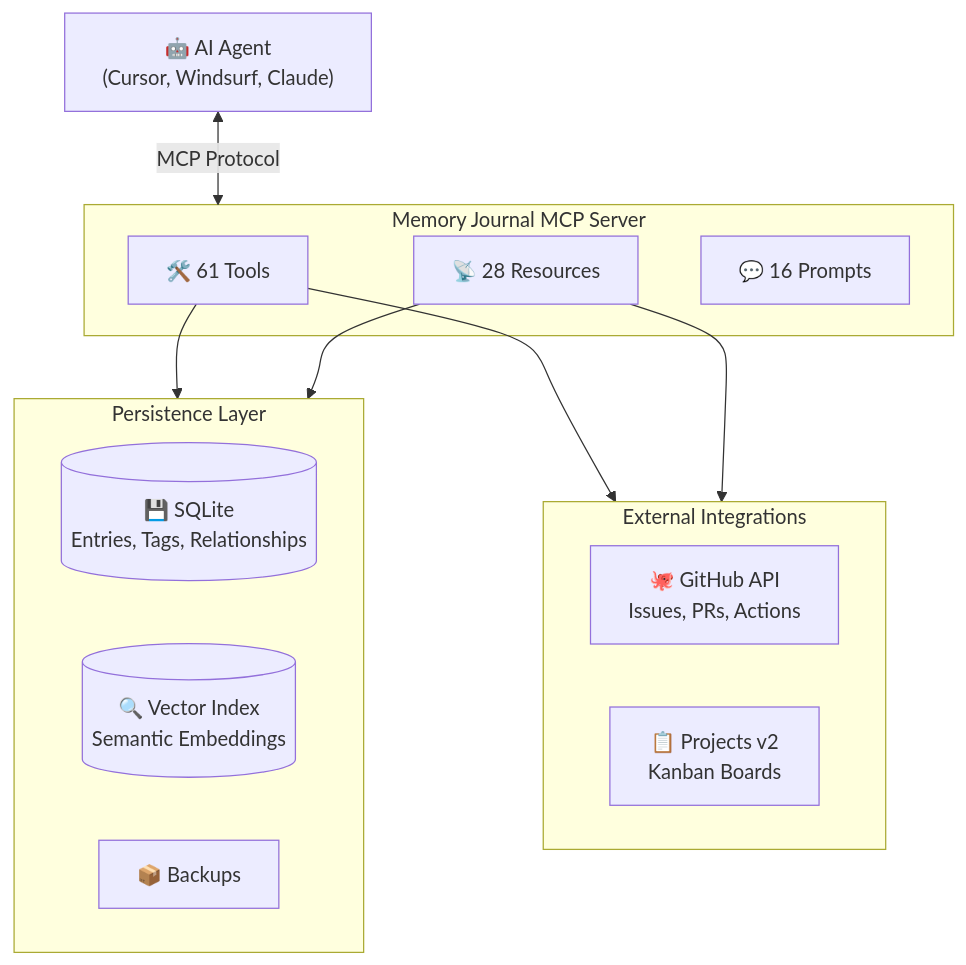
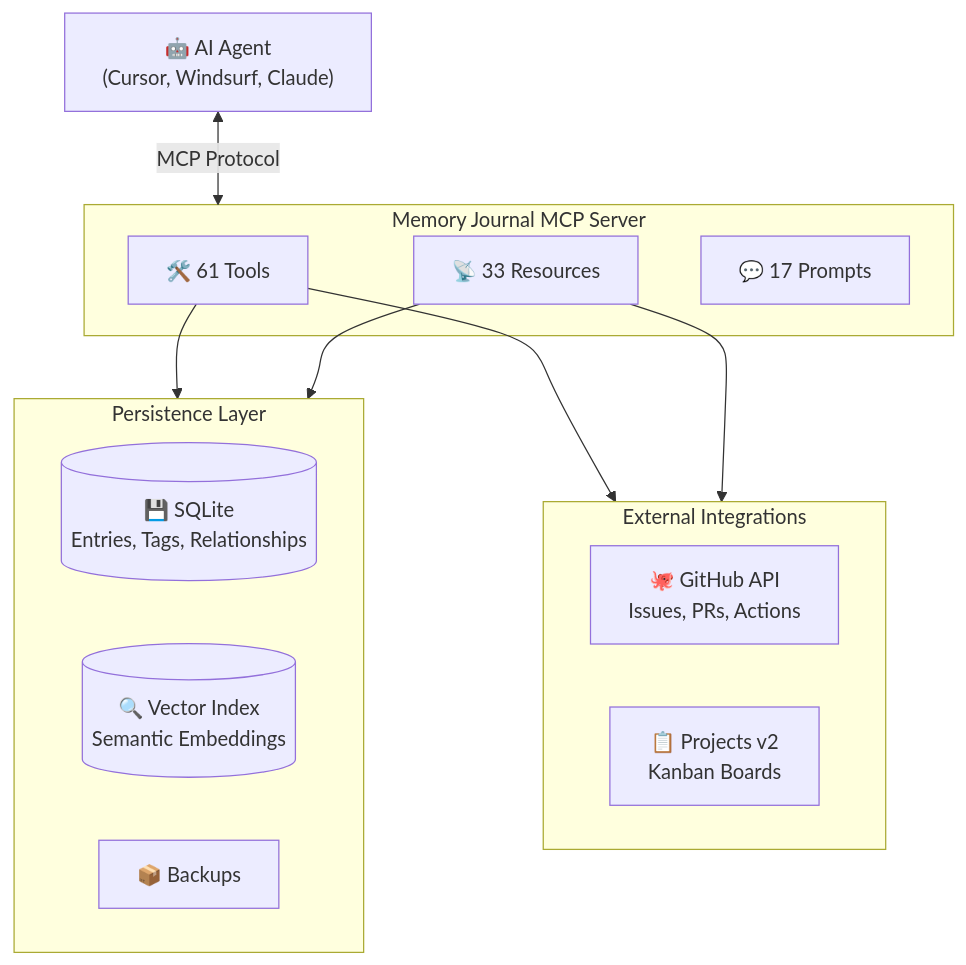
The second of 2 diagrams in README.md (neverinfamous/memory-journal-mcp), drawn with Mermaid before and after one commit. The commit also changed other lines of this file and 55 other files, not shown here.

````diff
--- a/README.md
+++ b/README.md
@@ -566,27 +611,27 @@
 ```mermaid
 flowchart TB
     AI["🤖 AI Agent<br/>(Cursor, Windsurf, Claude)"]
 
     subgraph MCP["Memory Journal MCP Server"]
         Tools["🛠️ 61 Tools"]
-        Resources["📡 28 Resources"]
-        Prompts["💬 16 Prompts"]
+        Resources["📡 33 Resources"]
+        Prompts["💬 17 Prompts"]
     end
 
     subgraph Storage["Persistence Layer"]
         SQLite[("💾 SQLite<br/>Entries, Tags, Relationships")]
         Vector[("🔍 Vector Index<br/>Semantic Embeddings")]
         Backups["📦 Backups"]
     end
 
     subgraph External["External Integrations"]
         GitHub["🐙 GitHub API<br/>Issues, PRs, Actions"]
         Kanban["📋 Projects v2<br/>Kanban Boards"]
     end
 
     AI <-->|"MCP Protocol"| MCP
     Tools --> Storage
     Tools --> External
     Resources --> Storage
     Resources --> External
 ```
````
